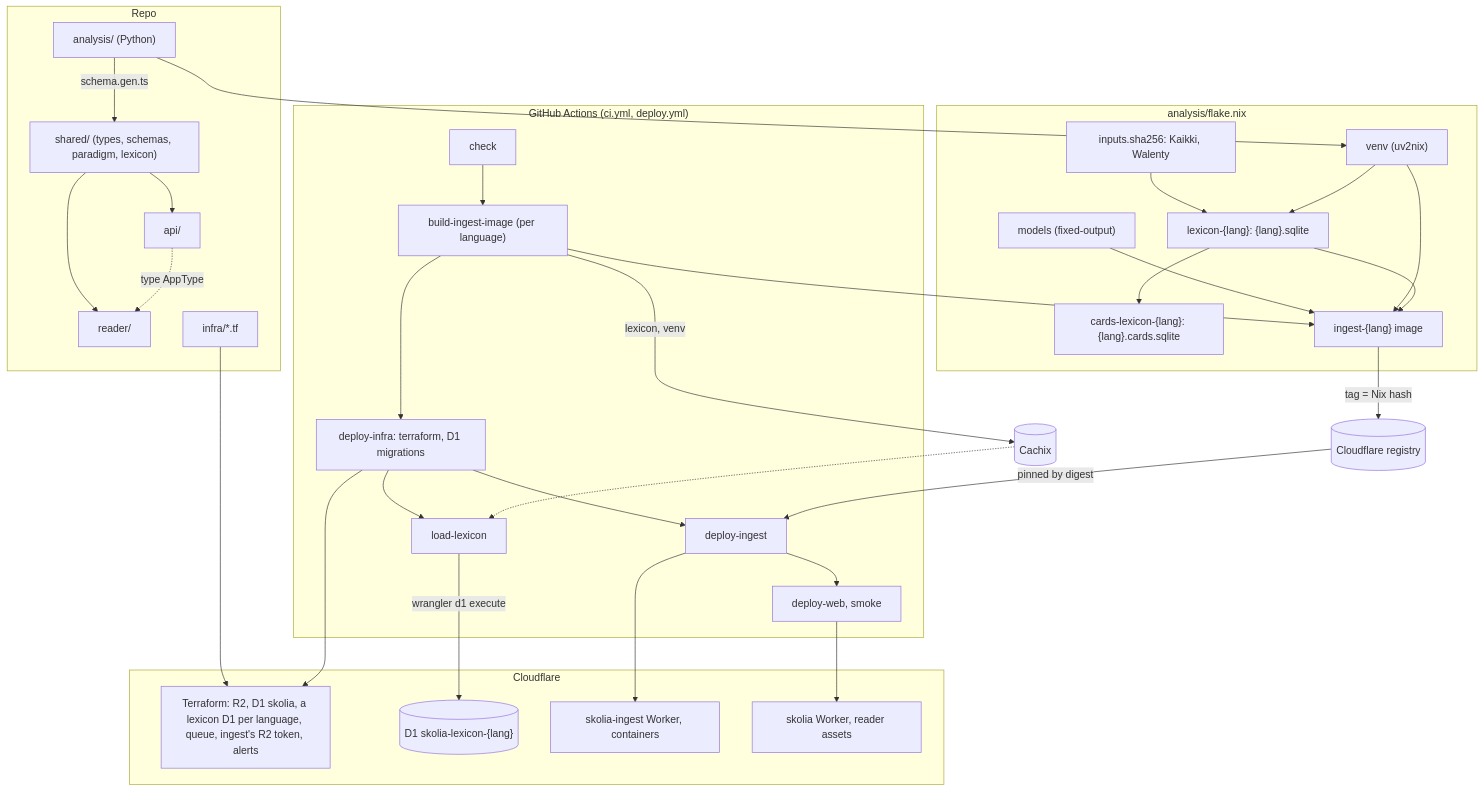
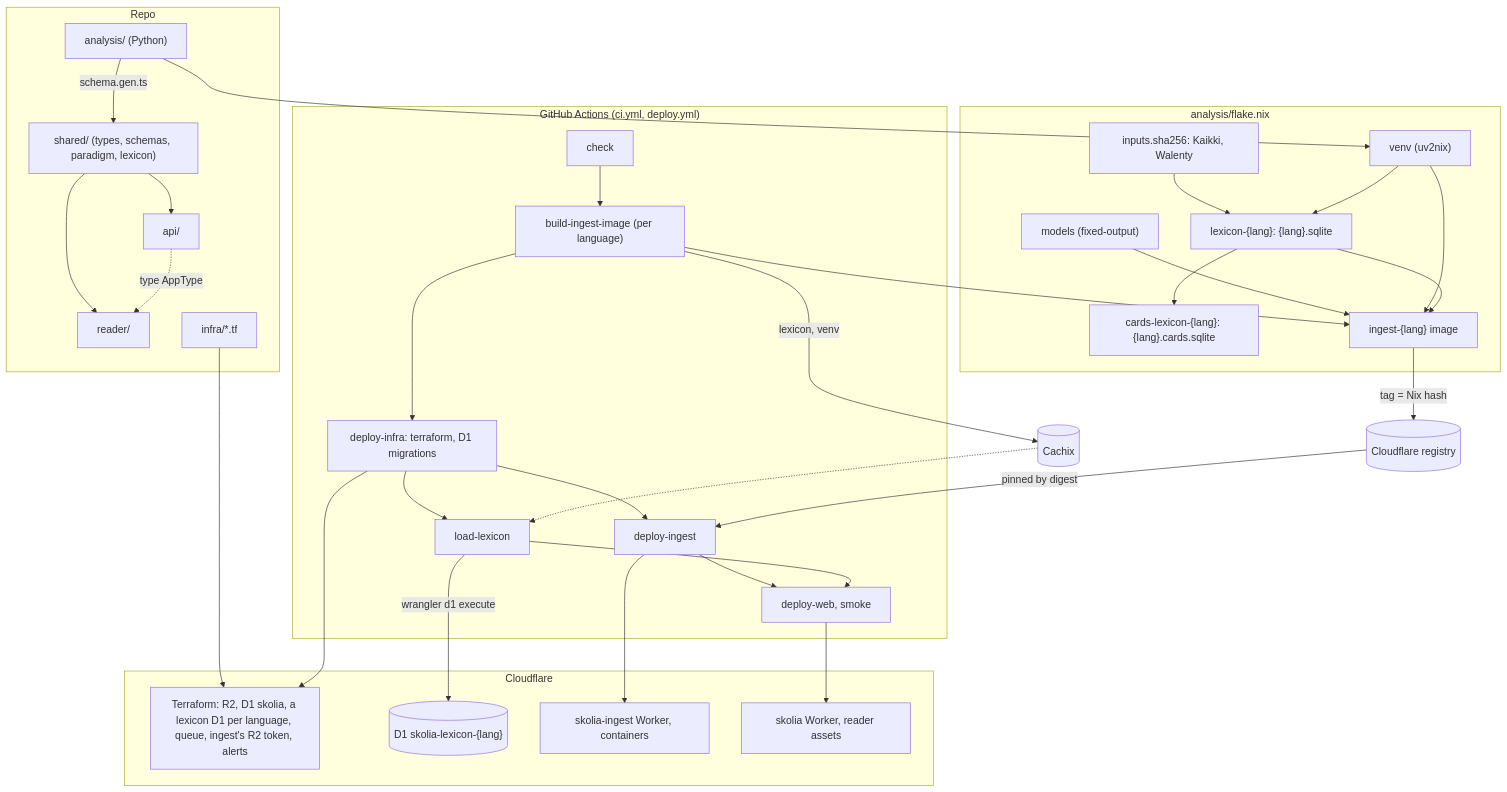
One commit to andyyu2004/skolia changed the second of 2 diagrams in ARCHITECTURE.md. Above: the diagram before and after it, drawn with Mermaid. The commit also changed other lines of this file and 12 other files, not shown here.

````diff
--- a/ARCHITECTURE.md
+++ b/ARCHITECTURE.md
@@ -73,61 +73,62 @@
 ```mermaid
 flowchart TB
   subgraph Repo
     PY["analysis/ (Python)"]
     SH["shared/ (types, schemas, paradigm, lexicon)"]
     RDR["reader/"]
     APIS["api/"]
     TFS["infra/*.tf"]
   end
   subgraph Nix["analysis/flake.nix"]
     INP["inputs.sha256: Kaikki, Walenty"]
     MOD["models (fixed-output)"]
     VENV["venv (uv2nix)"]
     LEXN["lexicon-{lang}: {lang}.sqlite"]
     CARDS["cards-lexicon-{lang}: {lang}.cards.sqlite"]
     IMG["ingest-{lang} image"]
   end
   subgraph CI["GitHub Actions (ci.yml, deploy.yml)"]
     CHK["check"]
     BII["build-ingest-image (per language)"]
     DI["deploy-infra: terraform, D1 migrations"]
     LL["load-lexicon"]
     DGI["deploy-ingest"]
     DW["deploy-web, smoke"]
   end
   CX[("Cachix")]
   REG[("Cloudflare registry")]
   subgraph CF["Cloudflare"]
     TFR["Terraform: R2, D1 skolia, a lexicon D1 per language, queue, ingest's R2 token, alerts"]
     LXDB[("D1 skolia-lexicon-{lang}")]
     INGD["skolia-ingest Worker, containers"]
     WEBD["skolia Worker, reader assets"]
   end
 
   PY -->|"schema.gen.ts"| SH
   SH --> RDR
   SH --> APIS
   APIS -.->|"type AppType"| RDR
   PY --> VENV
   INP --> LEXN
   VENV --> LEXN
   LEXN --> CARDS
   MOD --> IMG
   VENV --> IMG
   LEXN --> IMG
   CHK --> BII
   BII --> IMG
   BII -->|"lexicon, venv"| CX
   IMG -->|"tag = Nix hash"| REG
   BII --> DI
   TFS --> TFR
   DI --> TFR
   DI --> LL
   DI --> DGI
   DGI --> DW
+  LL --> DW
   CX -.-> LL
   LL -->|"wrangler d1 execute"| LXDB
   REG -->|"pinned by digest"| DGI
   DGI --> INGD
   DW --> WEBD
 ```
````
